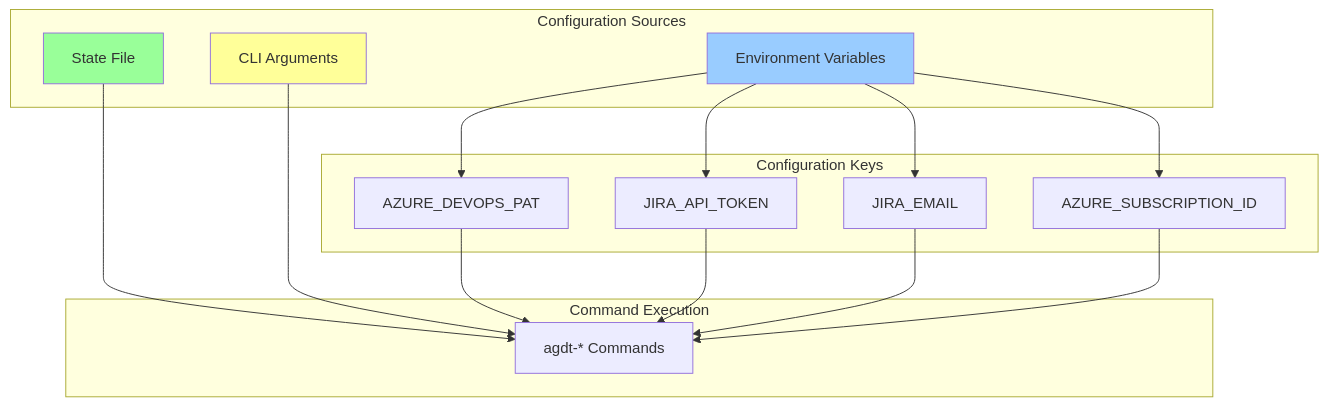
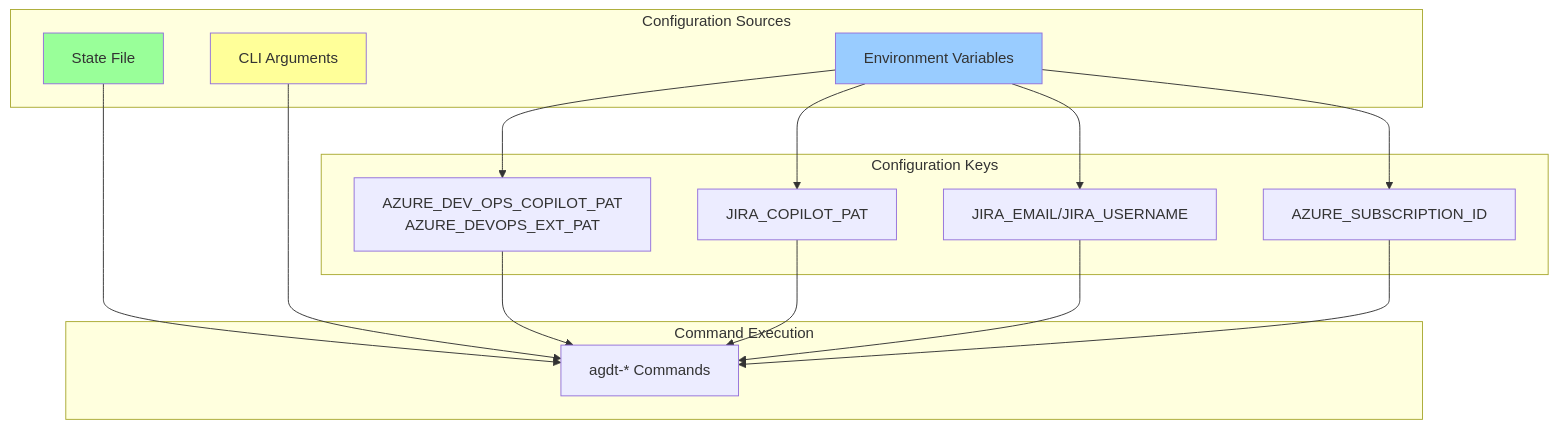
One commit to ayaiayorg/agentic-devtools changed the seventh of 10 diagrams in docs/07-deployment-view.md. Above: the diagram before and after it, drawn with Mermaid. The commit also changed other lines of this file and 5 other files, not shown here.

````diff
--- a/docs/07-deployment-view.md
+++ b/docs/07-deployment-view.md
@@ -248,36 +248,36 @@
 ```mermaid
 graph TB
     subgraph "Configuration Sources"
         EnvVars[Environment Variables]
         StateFile[State File]
         CLI[CLI Arguments]
     end
     
     subgraph "Configuration Keys"
-        ADO_PAT[AZURE_DEVOPS_PAT]
-        Jira_Token[JIRA_API_TOKEN]
-        Jira_Email[JIRA_EMAIL]
+        ADO_PAT[AZURE_DEV_OPS_COPILOT_PAT<br/>AZURE_DEVOPS_EXT_PAT]
+        Jira_Token[JIRA_COPILOT_PAT]
+        Jira_Email[JIRA_EMAIL/JIRA_USERNAME]
         Azure_Sub[AZURE_SUBSCRIPTION_ID]
     end
     
     subgraph "Command Execution"
         Commands[agdt-* Commands]
     end
     
     EnvVars --> ADO_PAT
     EnvVars --> Jira_Token
     EnvVars --> Jira_Email
     EnvVars --> Azure_Sub
     
     StateFile --> Commands
     CLI --> Commands
     
     ADO_PAT --> Commands
     Jira_Token --> Commands
     Jira_Email --> Commands
     Azure_Sub --> Commands
     
     style EnvVars fill:#9cf
     style StateFile fill:#9f9
     style CLI fill:#ff9
 ```
````
